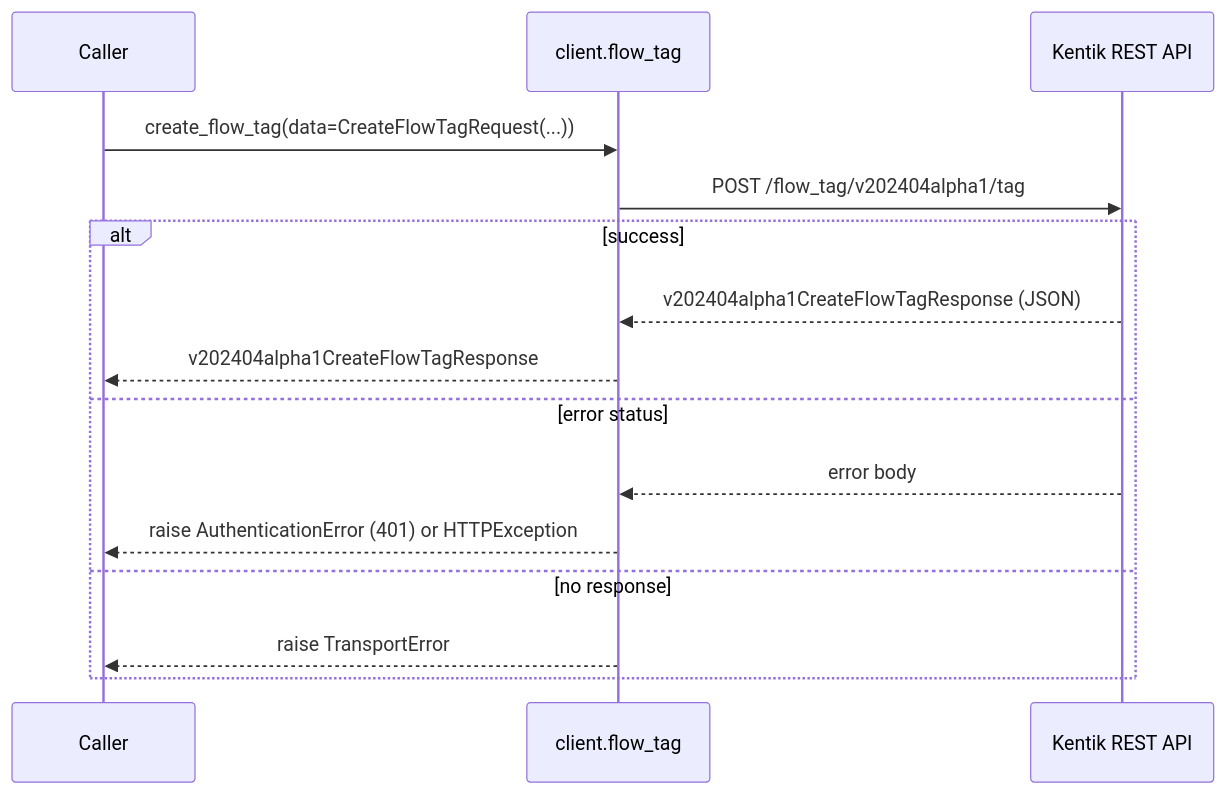
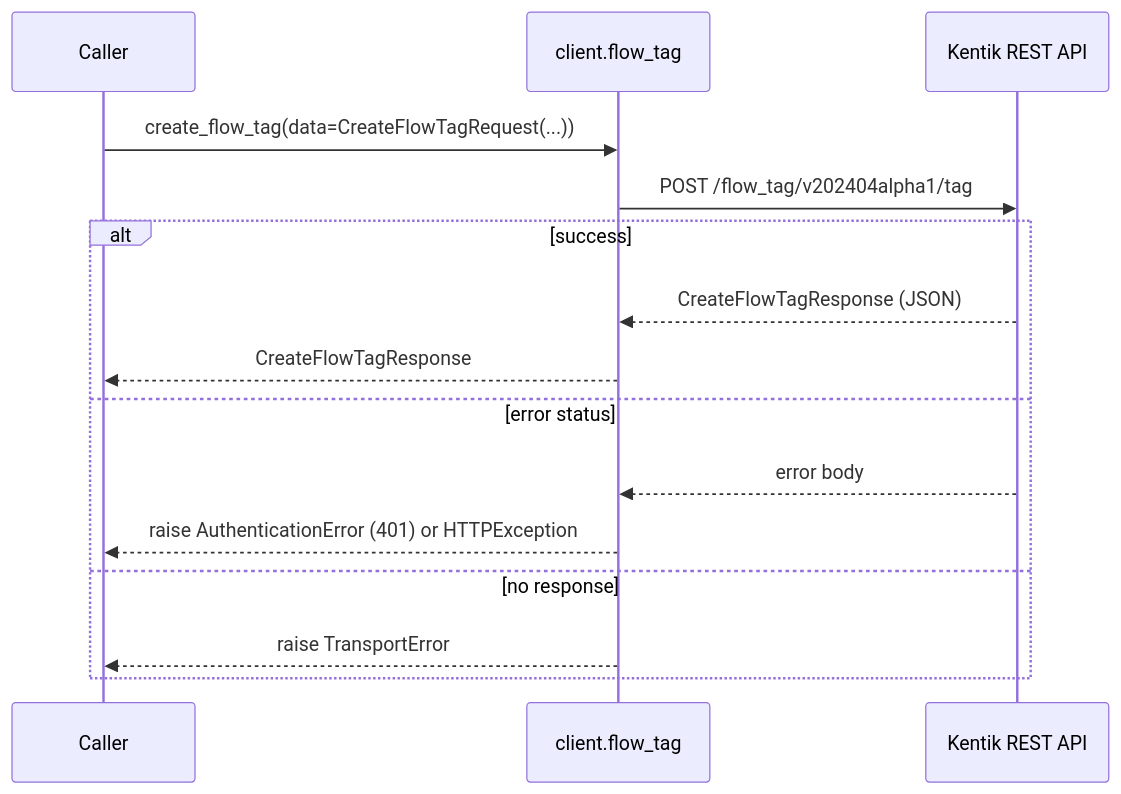
One commit to alexdearaujo/community_sdk_python changed the fourth of 12 diagrams in docs/sphinx/services/flow_tag.md. Above: the diagram before and after it, drawn with Mermaid. The commit also changed other lines of this file and 38 other files, not shown here.

````diff
--- a/docs/sphinx/services/flow_tag.md
+++ b/docs/sphinx/services/flow_tag.md
@@ -116,18 +116,18 @@
 ```mermaid
 sequenceDiagram
     participant C as Caller
     participant W as client.flow_tag
     participant API as Kentik REST API
 
     C->>W: create_flow_tag(data=CreateFlowTagRequest(...))
     W->>API: POST /flow_tag/v202404alpha1/tag
     alt success
-        API-->>W: v202404alpha1CreateFlowTagResponse (JSON)
-        W-->>C: v202404alpha1CreateFlowTagResponse
+        API-->>W: CreateFlowTagResponse (JSON)
+        W-->>C: CreateFlowTagResponse
     else error status
         API-->>W: error body
         W-->>C: raise AuthenticationError (401) or HTTPException
     else no response
         W-->>C: raise TransportError
     end
 ```
````
